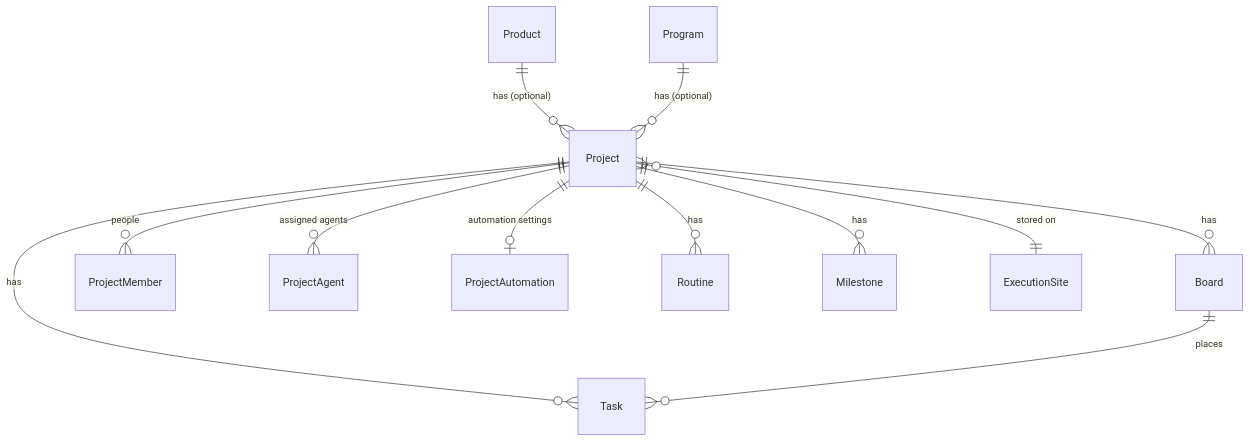
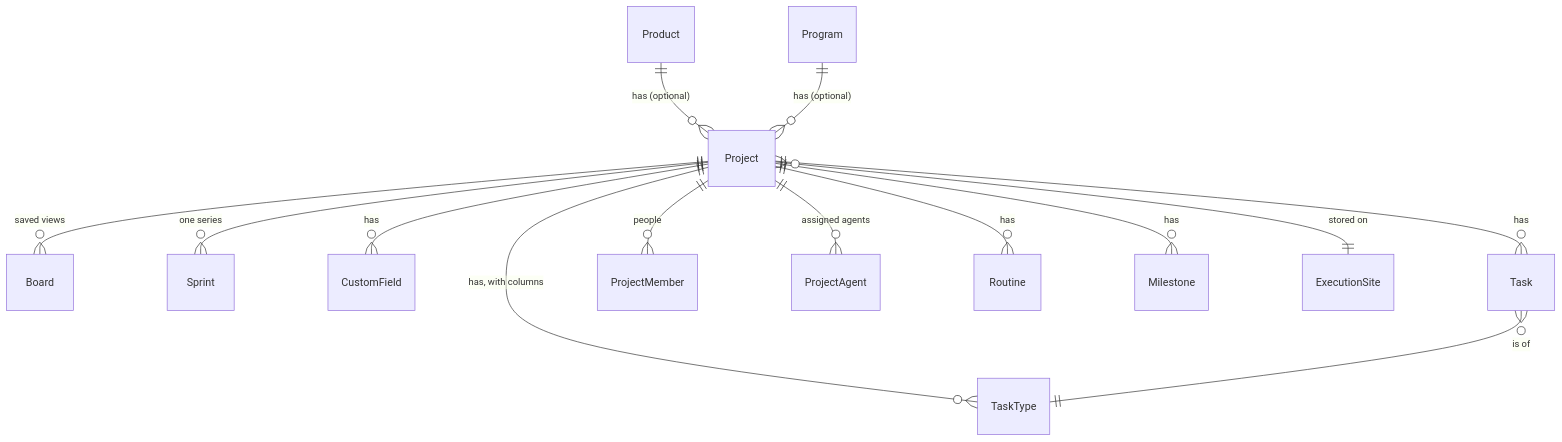
Before and after one commit to solution84-com/agenthix: the diagram in docs/concepts/projects/project.md, drawn with Mermaid. The commit also changed other lines of this file and 60 other files, not shown here.

````diff
--- a/docs/concepts/projects/project.md
+++ b/docs/concepts/projects/project.md
@@ -22,14 +22,16 @@
 ```mermaid
 erDiagram
     Product ||--o{ Project : "has (optional)"
     Program ||--o{ Project : "has (optional)"
-    Project ||--o{ Board : "has"
+    Project ||--o{ TaskType : "has, with columns"
+    Project ||--o{ Board : "saved views"
+    Project ||--o{ Sprint : "one series"
+    Project ||--o{ CustomField : "has"
     Project ||--o{ Task : "has"
     Project ||--o{ ProjectMember : "people"
     Project ||--o{ ProjectAgent : "assigned agents"
-    Project ||--o| ProjectAutomation : "automation settings"
     Project ||--o{ Routine : "has"
     Project ||--o{ Milestone : "has"
     Project }o--|| ExecutionSite : "stored on"
-    Board ||--o{ Task : "places"
+    Task }o--|| TaskType : "is of"
 ```
````
